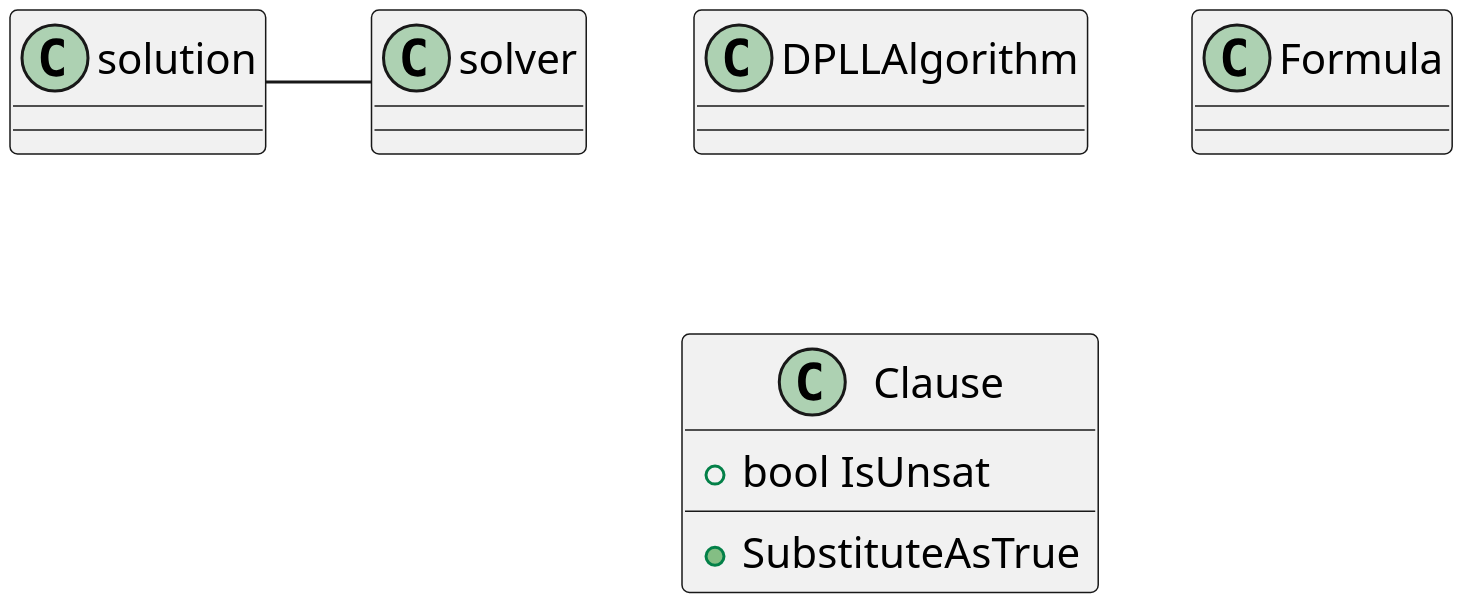
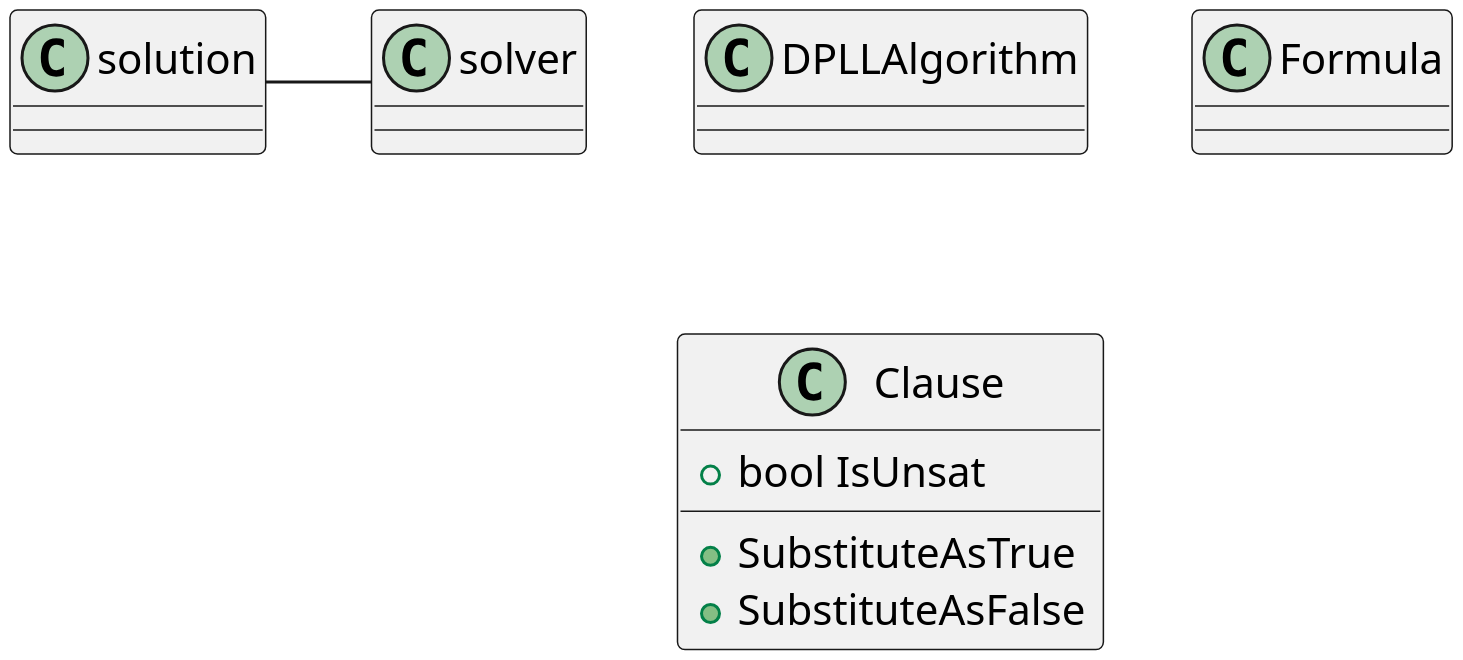
The diagram in Satisfiability/MainClasses.puml (Wilbertz/Millenium), drawn with PlantUML before and after one commit.

Commit message:
Class diagram improved.

```diff
--- a/Satisfiability/MainClasses.puml
+++ b/Satisfiability/MainClasses.puml
@@ -1,13 +1,14 @@
 @startuml
 '' Main classes.
 scale 3
 class DPLLAlgorithm
 class Formula
 class Clause
 {
 	+ {field} bool IsUnsat
 	+ {method} SubstituteAsTrue
+	+ {method} SubstituteAsFalse
 }
 solution - solver
 
 @enduml
```
